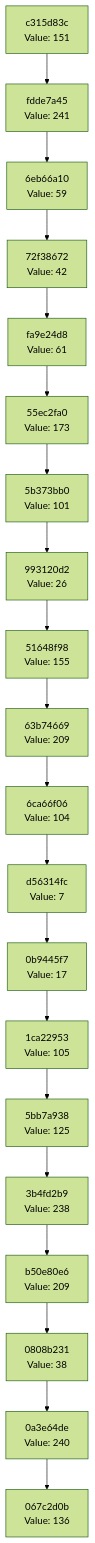
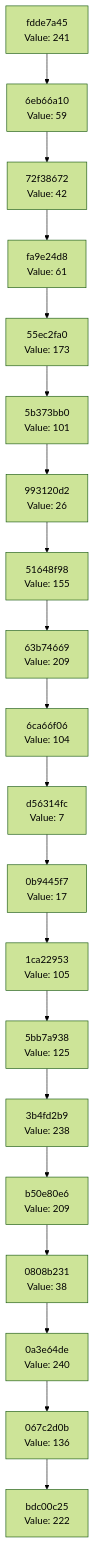
One commit to Abhisheksinha1506/hash-chain-evolver changed the diagram in docs/CHAIN_VISUALIZATION.md. Above: the diagram before and after it, drawn with Mermaid (forest theme). The commit also changed 2 other files, not shown here.

Commit message:
Evolution Step

````diff
--- a/docs/CHAIN_VISUALIZATION.md
+++ b/docs/CHAIN_VISUALIZATION.md
@@ -3,42 +3,42 @@
 ```mermaid
 graph TD
-    C0["067c2d0b<br/>Value: 136"]
-    C1["0a3e64de<br/>Value: 240"]
+    C0["bdc00c25<br/>Value: 222"]
+    C1["067c2d0b<br/>Value: 136"]
     C1 --> C0
-    C2["0808b231<br/>Value: 38"]
+    C2["0a3e64de<br/>Value: 240"]
     C2 --> C1
-    C3["b50e80e6<br/>Value: 209"]
+    C3["0808b231<br/>Value: 38"]
     C3 --> C2
-    C4["3b4fd2b9<br/>Value: 238"]
+    C4["b50e80e6<br/>Value: 209"]
     C4 --> C3
-    C5["5bb7a938<br/>Value: 125"]
+    C5["3b4fd2b9<br/>Value: 238"]
     C5 --> C4
-    C6["1ca22953<br/>Value: 105"]
+    C6["5bb7a938<br/>Value: 125"]
     C6 --> C5
-    C7["0b9445f7<br/>Value: 17"]
+    C7["1ca22953<br/>Value: 105"]
     C7 --> C6
-    C8["d56314fc<br/>Value: 7"]
+    C8["0b9445f7<br/>Value: 17"]
     C8 --> C7
-    C9["6ca66f06<br/>Value: 104"]
+    C9["d56314fc<br/>Value: 7"]
     C9 --> C8
-    C10["63b74669<br/>Value: 209"]
+    C10["6ca66f06<br/>Value: 104"]
     C10 --> C9
-    C11["51648f98<br/>Value: 155"]
+    C11["63b74669<br/>Value: 209"]
     C11 --> C10
-    C12["993120d2<br/>Value: 26"]
+    C12["51648f98<br/>Value: 155"]
     C12 --> C11
-    C13["5b373bb0<br/>Value: 101"]
+    C13["993120d2<br/>Value: 26"]
     C13 --> C12
-    C14["55ec2fa0<br/>Value: 173"]
+    C14["5b373bb0<br/>Value: 101"]
     C14 --> C13
-    C15["fa9e24d8<br/>Value: 61"]
+    C15["55ec2fa0<br/>Value: 173"]
     C15 --> C14
-    C16["72f38672<br/>Value: 42"]
+    C16["fa9e24d8<br/>Value: 61"]
     C16 --> C15
-    C17["6eb66a10<br/>Value: 59"]
+    C17["72f38672<br/>Value: 42"]
     C17 --> C16
-    C18["fdde7a45<br/>Value: 241"]
+    C18["6eb66a10<br/>Value: 59"]
     C18 --> C17
-    C19["c315d83c<br/>Value: 151"]
+    C19["fdde7a45<br/>Value: 241"]
     C19 --> C18
 ```
````
